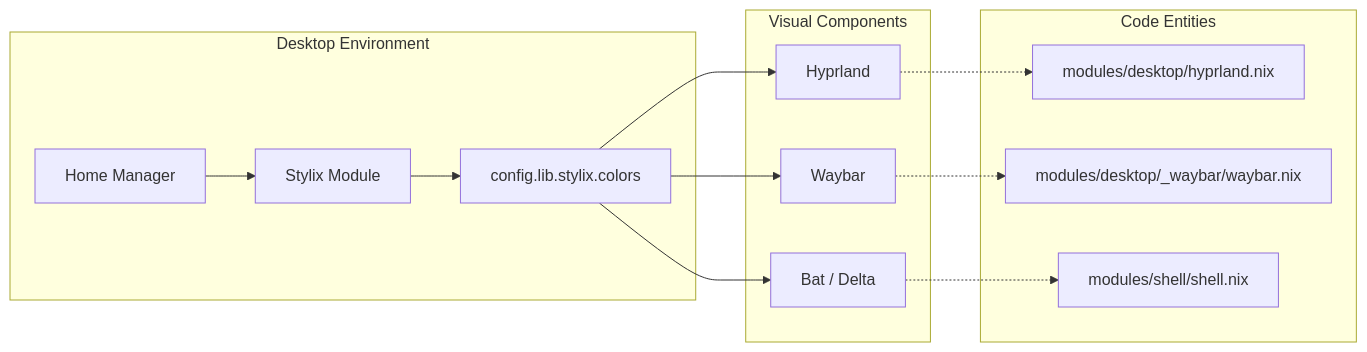
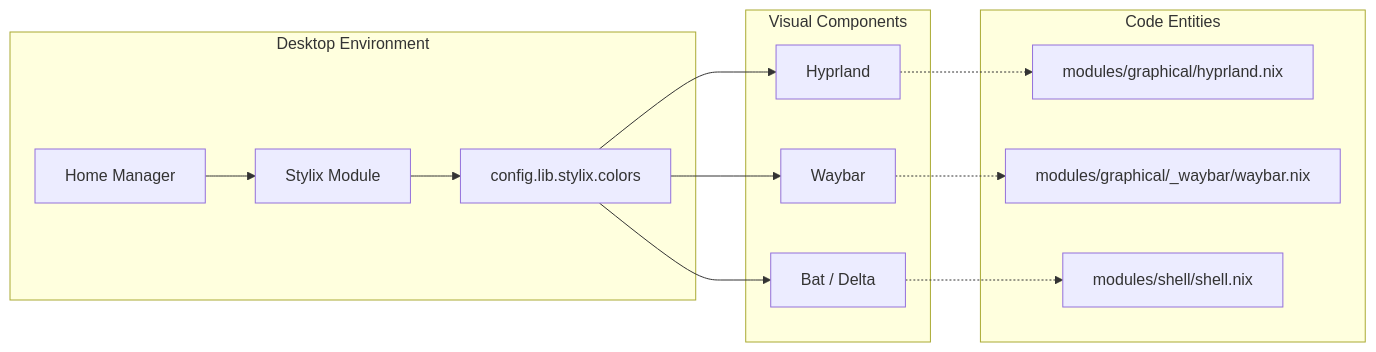
One commit to Cody-W-Tucker/nix-config changed the second of 2 diagrams in docs/Theming-and-Styling-(Stylix).md. Above: the diagram before and after it, drawn with Mermaid. The commit also changed other lines of this file and 85 other files, not shown here.

````diff
--- a/docs/Theming-and-Styling-(Stylix).md
+++ b/docs/Theming-and-Styling-(Stylix).md
@@ -79,26 +79,26 @@
 ```mermaid
 flowchart LR
     subgraph subGraph2 ["Code Entities"]
-        HYP_CODE["modules/desktop/hyprland.nix"]
-        WB_CODE["modules/desktop/_waybar/waybar.nix"]
+        HYP_CODE["modules/graphical/hyprland.nix"]
+        WB_CODE["modules/graphical/_waybar/waybar.nix"]
         PROG_CODE["modules/shell/shell.nix"]
     end
     subgraph subGraph1 ["Visual Components"]
         HYP["Hyprland"]
         WB["Waybar"]
         BAT["Bat / Delta"]
     end
     subgraph subGraph0 ["Desktop Environment"]
         HM["Home Manager"]
         ST["Stylix Module"]
         COLORS["config.lib.stylix.colors"]
     end
     HM --> ST
     ST --> COLORS
     COLORS --> HYP
     COLORS --> WB
     COLORS --> BAT
     HYP -.-> HYP_CODE
     WB -.-> WB_CODE
     BAT -.-> PROG_CODE
 ```
````
